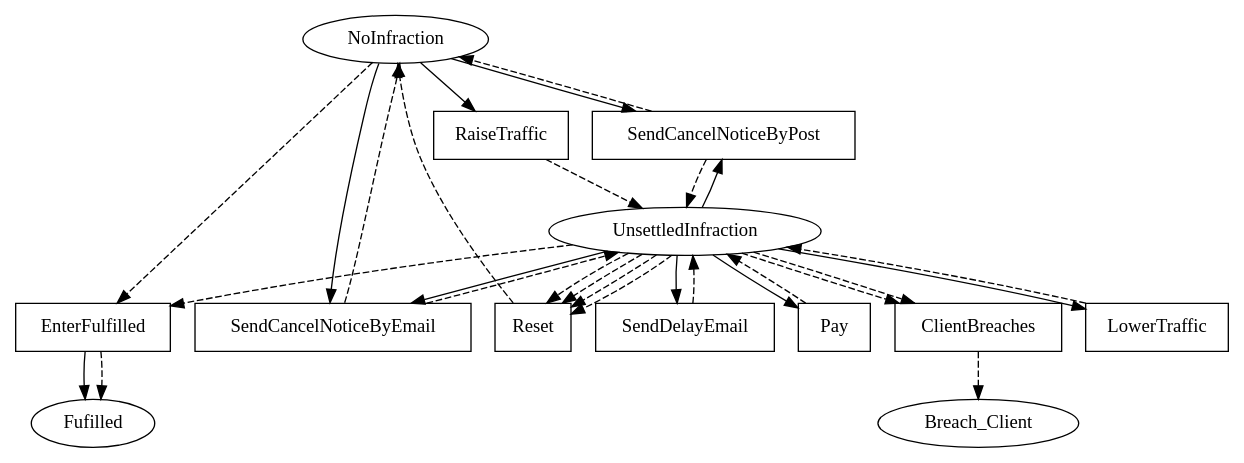
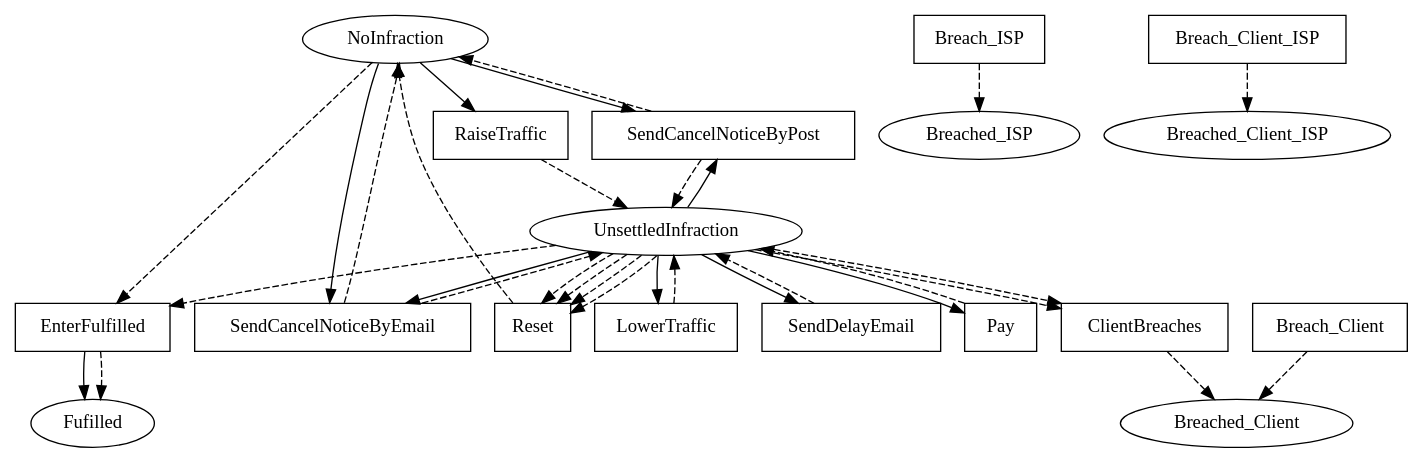
The diagram in linear_state_machine_language/pyL4/examples/out_graphviz/from_academic_lit/prisacariu_schneider_abdelsadiq_Internet_provision_with_renew.dot (Marcao02/complaw-deeptech), drawn with Graphviz before and after one commit. The commit also changed 37 other files, not shown here.

Commit message:
remove old generated SAFE files. regen graphviz output.

```diff
--- a/linear_state_machine_language/pyL4/examples/out_graphviz/from_academic_lit/prisacariu_schneider_abdelsadiq_Internet_provision_with_renew.dot
+++ b/linear_state_machine_language/pyL4/examples/out_graphviz/from_academic_lit/prisacariu_schneider_abdelsadiq_Internet_provision_with_renew.dot
@@ -1,52 +1,61 @@
 // THIS IS A GENERATED FILE. DO NOT EDIT.
 
 digraph PS_Internet_Provision {    
     Fulfilled[label=Fufilled];
     NoInfraction[label=NoInfraction];
-	UnsettledInfraction[label=UnsettledInfraction]
+	UnsettledInfraction[label=UnsettledInfraction];
+	Breached_ISP[label=Breached_ISP];
+	Breached_Client[label=Breached_Client];
+	Breached_Client_ISP[label=Breached_Client_ISP]
     
     EnterFulfilled[label=EnterFufilled,shape=box]; 
     SendCancelNoticeByPost[label=SendCancelNoticeByPost,shape=box];
 	SendCancelNoticeByEmail[label=SendCancelNoticeByEmail,shape=box];
 	Reset[label=Reset,shape=box];
 	RaiseTraffic[label=RaiseTraffic,shape=box];
 	LowerTraffic[label=LowerTraffic,shape=box];
 	SendDelayEmail[label=SendDelayEmail,shape=box];
 	Pay[label=Pay,shape=box];
 	ClientBreaches[label=ClientBreaches,shape=box];
-	EnterFulfilled[label=EnterFulfilled,shape=box]    
+	EnterFulfilled[label=EnterFulfilled,shape=box];
+	Breach_ISP[label=Breach_ISP,shape=box];
+	Breach_Client[label=Breach_Client,shape=box];
+	Breach_Client_ISP[label=Breach_Client_ISP,shape=box]    
     
     EnterFulfilled -> Fulfilled;
     
     NoInfraction -> RaiseTraffic;
 	NoInfraction -> EnterFulfilled [style=dashed];
 	NoInfraction -> SendCancelNoticeByPost;
 	NoInfraction -> SendCancelNoticeByEmail;
 	UnsettledInfraction -> SendCancelNoticeByPost;
 	UnsettledInfraction -> SendCancelNoticeByEmail;
 	UnsettledInfraction -> LowerTraffic;
 	UnsettledInfraction -> SendDelayEmail;
 	UnsettledInfraction -> Pay;
 	UnsettledInfraction -> Reset [style=dashed];
 	UnsettledInfraction -> ClientBreaches [style=dashed];
 	UnsettledInfraction -> Reset [style=dashed];
 	UnsettledInfraction -> Reset [style=dashed];
 	UnsettledInfraction -> Reset [style=dashed];
 	UnsettledInfraction -> ClientBreaches [style=dashed];
 	UnsettledInfraction -> EnterFulfilled [style=dashed]
     
     Reset -> NoInfraction [style=dashed];
 	RaiseTraffic -> UnsettledInfraction [style=dashed];
 	LowerTraffic -> UnsettledInfraction [style=dashed];
 	Pay -> UnsettledInfraction [style=dashed];
-	ClientBreaches -> Breach_Client [style=dashed];
+	ClientBreaches -> Breached_Client [style=dashed];
 	EnterFulfilled -> Fulfilled [style=dashed];
+	Breach_ISP -> Breached_ISP [style=dashed];
+	Breach_Client -> Breached_Client [style=dashed];
+	Breach_Client_ISP -> Breached_Client_ISP [style=dashed];
 	     
     
     SendCancelNoticeByPost -> NoInfraction [style=dashed];
 	SendCancelNoticeByEmail -> NoInfraction [style=dashed];
 	SendCancelNoticeByPost -> UnsettledInfraction [style=dashed];
 	SendCancelNoticeByEmail -> UnsettledInfraction [style=dashed];
 	SendDelayEmail -> UnsettledInfraction [style=dashed];
 	   
 }
```
